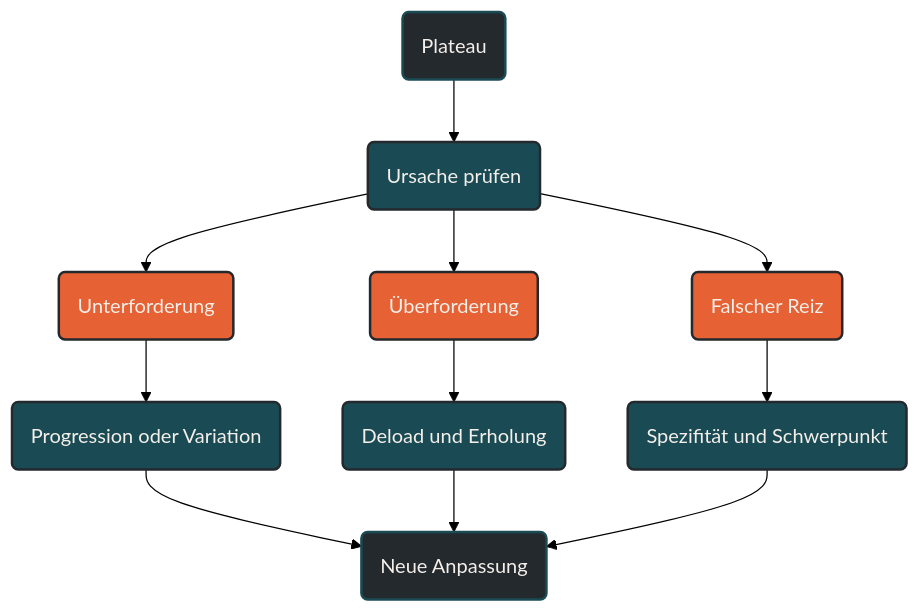
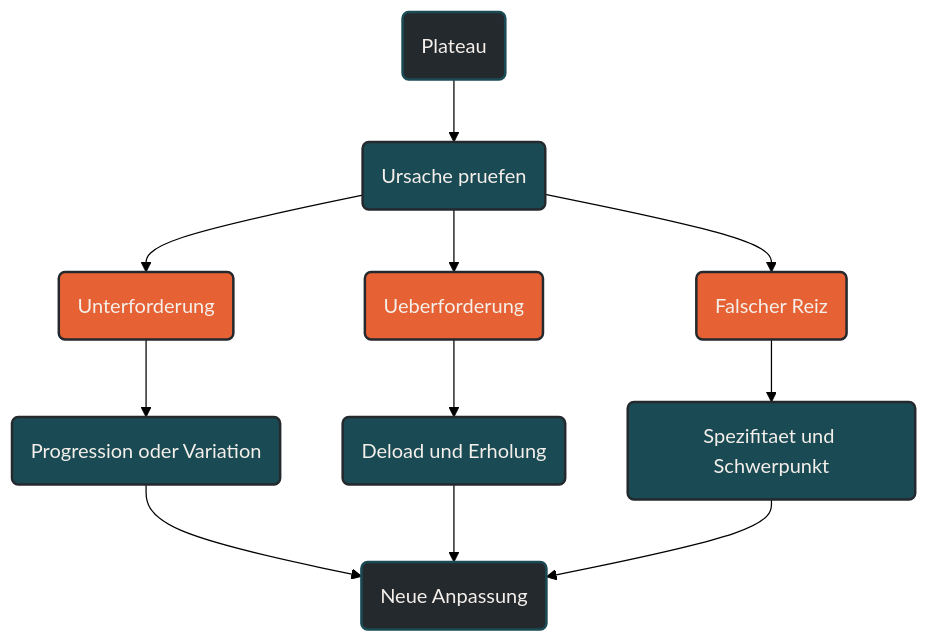
Before and after one commit to Quixos40K/ausdauersport-typemill: the diagram in content/00-ausdauersport/00-trainingswissenschaft/04-leistungsentwicklung/01-plateaus.md, drawn with Mermaid (forest theme). The commit also changed other lines of this file, not shown here.

First line of the commit message:
Add citations for plateau discussion in training

````diff
--- a/content/00-ausdauersport/00-trainingswissenschaft/04-leistungsentwicklung/01-plateaus.md
+++ b/content/00-ausdauersport/00-trainingswissenschaft/04-leistungsentwicklung/01-plateaus.md
@@ -210,30 +210,30 @@
 ```mermaid
 graph TD
-    A(Plateau) --> B(Ursache prüfen)
+    A(Plateau) --> B(Ursache pruefen)
     B --> C(Unterforderung)
-    B --> D(Überforderung)
+    B --> D(Ueberforderung)
     B --> E(Falscher Reiz)
 
     C --> F(Progression oder Variation)
     D --> G(Deload und Erholung)
-    E --> H(Spezifität und Schwerpunkt)
+    E --> H(Spezifitaet und Schwerpunkt)
 
     F --> I(Neue Anpassung)
     G --> I
     H --> I
 
     classDef default fill:#F4EFEA,stroke:#1A4B54,stroke-width:2px,color:#24292E;
     classDef primary fill:#1A4B54,stroke:#24292E,stroke-width:2px,color:#F4EFEA;
     classDef highlight fill:#E66133,stroke:#24292E,stroke-width:2px,color:#F4EFEA;
     classDef dark fill:#24292E,stroke:#1A4B54,stroke-width:2px,color:#F4EFEA;
 
     class A dark;
     class B primary;
     class C highlight;
     class D highlight;
     class E highlight;
     class F primary;
     class G primary;
     class H primary;
     class I dark;
 ```
````
